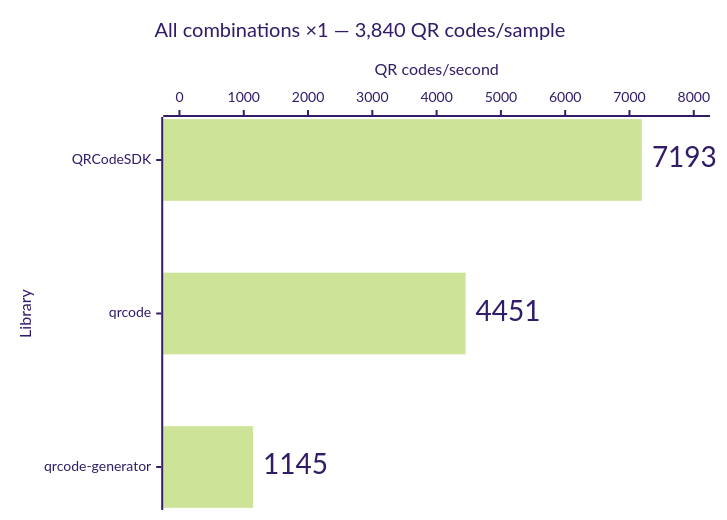
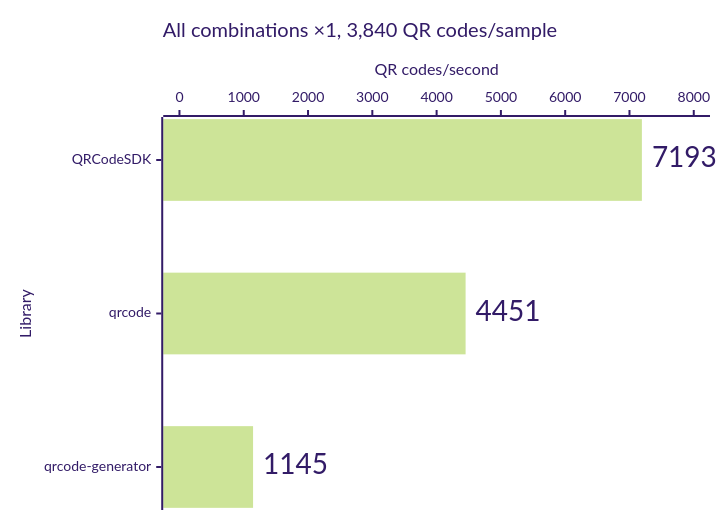
One commit to Dafnik/qrcodesdk changed the fourth of 14 diagrams in apps/docs/src/content/docs/learn/performance.md. Above: the diagram before and after it, drawn with Mermaid (forest theme). The commit also changed other lines of this file and 86 other files, not shown here.

````diff
--- a/apps/docs/src/content/docs/learn/performance.md
+++ b/apps/docs/src/content/docs/learn/performance.md
@@ -77,15 +77,15 @@
 ```mermaid
 ---
 config:
   xyChart:
     showDataLabel: true
     showDataLabelOutsideBar: true
 ---
 xychart horizontal
-  accTitle: Matrix generation: All combinations ×1 — 3,840 QR codes/sample
+  accTitle: Matrix generation, All combinations ×1, 3,840 QR codes/sample
   accDescr: Throughput calculated from median time. QRCodeSDK 7,193 QR codes per second, qrcode 4,451 QR codes per second, qrcode-generator 1,145 QR codes per second. Higher is better.
-  title "All combinations ×1 — 3,840 QR codes/sample"
+  title "All combinations ×1, 3,840 QR codes/sample"
   x-axis "Library" ["QRCodeSDK", "qrcode", "qrcode-generator"]
   y-axis "QR codes/second" 0 --> 8000
   bar [7193, 4451, 1145]
 ```
````
